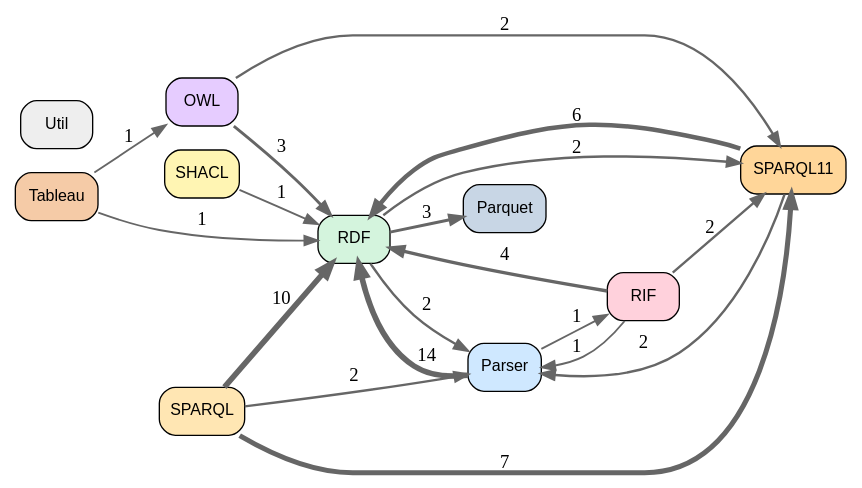
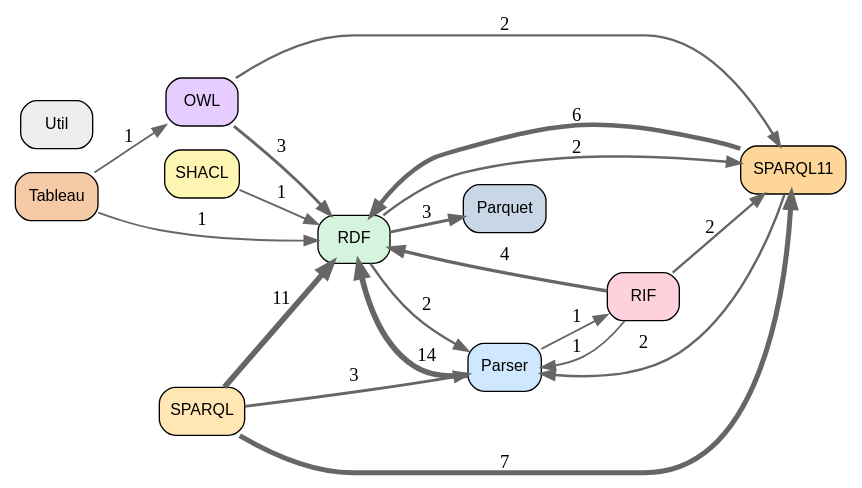
One commit to danbri/factoidal changed the diagram in formal/fstar/dep-graph/namespaces.dot. Above: the diagram before and after it, drawn with Graphviz. The commit also changed 12 other files, not shown here.

First line of the commit message:
fstar: regenerate dep graph from authoritative fstar.exe --dep

```diff
--- a/formal/fstar/dep-graph/namespaces.dot
+++ b/formal/fstar/dep-graph/namespaces.dot
@@ -1,33 +1,33 @@
 digraph fstar_namespaces {
   rankdir=LR;
   node [shape=box, style="filled,rounded", fontname="Helvetica", fontsize=12];
   edge [color="#666666"];
   "OWL" [fillcolor="#e6ccff"];
   "Parquet" [fillcolor="#c8d6e5"];
   "Parser" [fillcolor="#cfe8ff"];
   "RDF" [fillcolor="#d4f4dd"];
   "RIF" [fillcolor="#ffd1dc"];
   "SHACL" [fillcolor="#fff5b3"];
   "SPARQL" [fillcolor="#ffe6b3"];
   "SPARQL11" [fillcolor="#ffd699"];
   "Tableau" [fillcolor="#f5cba7"];
   "Util" [fillcolor="#eeeeee"];
   "OWL" -> "RDF" [label="3", penwidth=2.2];
   "OWL" -> "SPARQL11" [label="2", penwidth=1.8];
   "Parser" -> "RDF" [label="14", penwidth=4.2];
   "Parser" -> "RIF" [label="1", penwidth=1.4];
   "RDF" -> "Parquet" [label="3", penwidth=2.2];
   "RDF" -> "Parser" [label="2", penwidth=1.8];
   "RDF" -> "SPARQL11" [label="2", penwidth=1.8];
   "RIF" -> "Parser" [label="1", penwidth=1.4];
   "RIF" -> "RDF" [label="4", penwidth=2.6];
   "RIF" -> "SPARQL11" [label="2", penwidth=1.8];
   "SHACL" -> "RDF" [label="1", penwidth=1.4];
-  "SPARQL" -> "Parser" [label="2", penwidth=1.8];
-  "SPARQL" -> "RDF" [label="10", penwidth=4.2];
+  "SPARQL" -> "Parser" [label="3", penwidth=2.2];
+  "SPARQL" -> "RDF" [label="11", penwidth=4.2];
   "SPARQL" -> "SPARQL11" [label="7", penwidth=3.8];
   "SPARQL11" -> "Parser" [label="2", penwidth=1.8];
   "SPARQL11" -> "RDF" [label="6", penwidth=3.4];
   "Tableau" -> "OWL" [label="1", penwidth=1.4];
   "Tableau" -> "RDF" [label="1", penwidth=1.4];
 }
```
